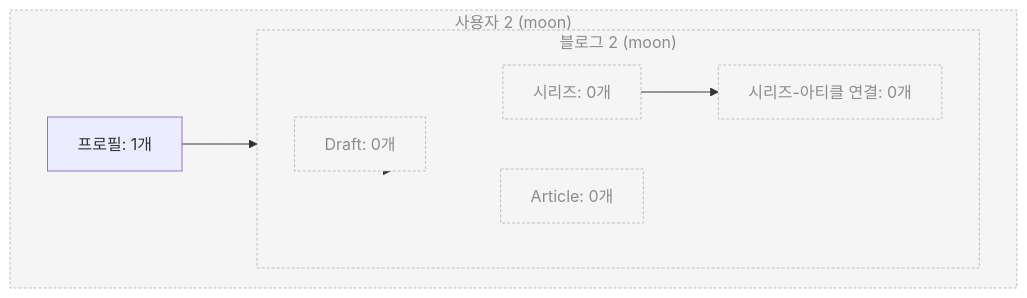
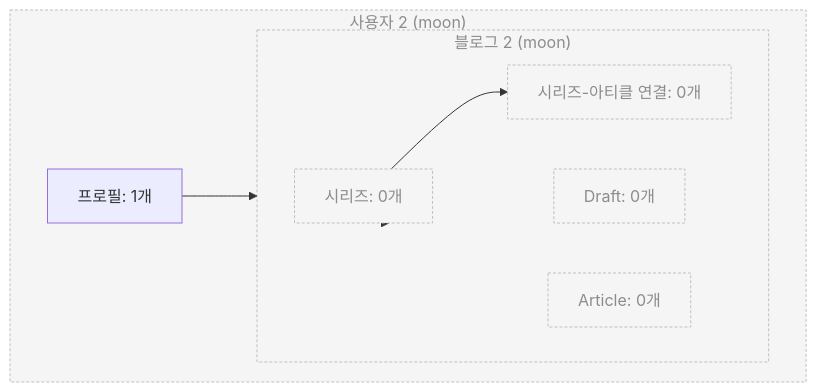
Before and after one commit to nettee-space/nettee-blolet-backend: the second of 2 diagrams in monolith/main-runner/src/main/resources/db/migration/dummy/README.md, drawn with Mermaid. The commit also changed other lines of this file, not shown here.

First line of the commit message:
docs(monolith/flyway): organize mermaid to be shown well on github preview in dummies readme

````diff
--- a/monolith/main-runner/src/main/resources/db/migration/dummy/README.md
+++ b/monolith/main-runner/src/main/resources/db/migration/dummy/README.md
@@ -99,23 +119,23 @@
 ```mermaid
 flowchart TD
-subgraph U2["사용자 2 (moon)"]
-  P2["프로필: 1개"]
-  
-  subgraph B2["블로그 2 (moon)"]
-    D2["Draft: 0개"]
-    A2["Article: 0개"]
-    S2["시리즈: 0개"]
-    SA2["시리즈-아티클 연결: 0개"]
-  end
-  
-  P2 --> B2
-  B2 --> D2
-  B2 --> A2
-  B2 --> S2
-  S2 --> SA2
-end
+    subgraph U2["사용자 2 (moon)"]
+        P2["프로필: 1개"]
+
+        subgraph B2["블로그 2 (moon)"]
+            S2["시리즈: 0개"]
+            D2["Draft: 0개"]
+            A2["Article: 0개"]
+            SA2["시리즈-아티클 연결: 0개"]
+        end
+
+        P2 --> B2
+        B2 --> D2
+        B2 --> A2
+        B2 --> S2
+        S2 --> SA2
+    end
 
 %% 스타일
-classDef zero fill:#F5F5F5,stroke:#BFBFBF,color:#8C8C8C,stroke-dasharray: 3 2;
-class D2,A2,S2,SA2,B2,U2 zero;
+    classDef zero fill:#F5F5F5,stroke:#BFBFBF,color:#8C8C8C,stroke-dasharray: 3 2;
+    class D2,A2,S2,SA2,B2,U2 zero;
 ```
````
